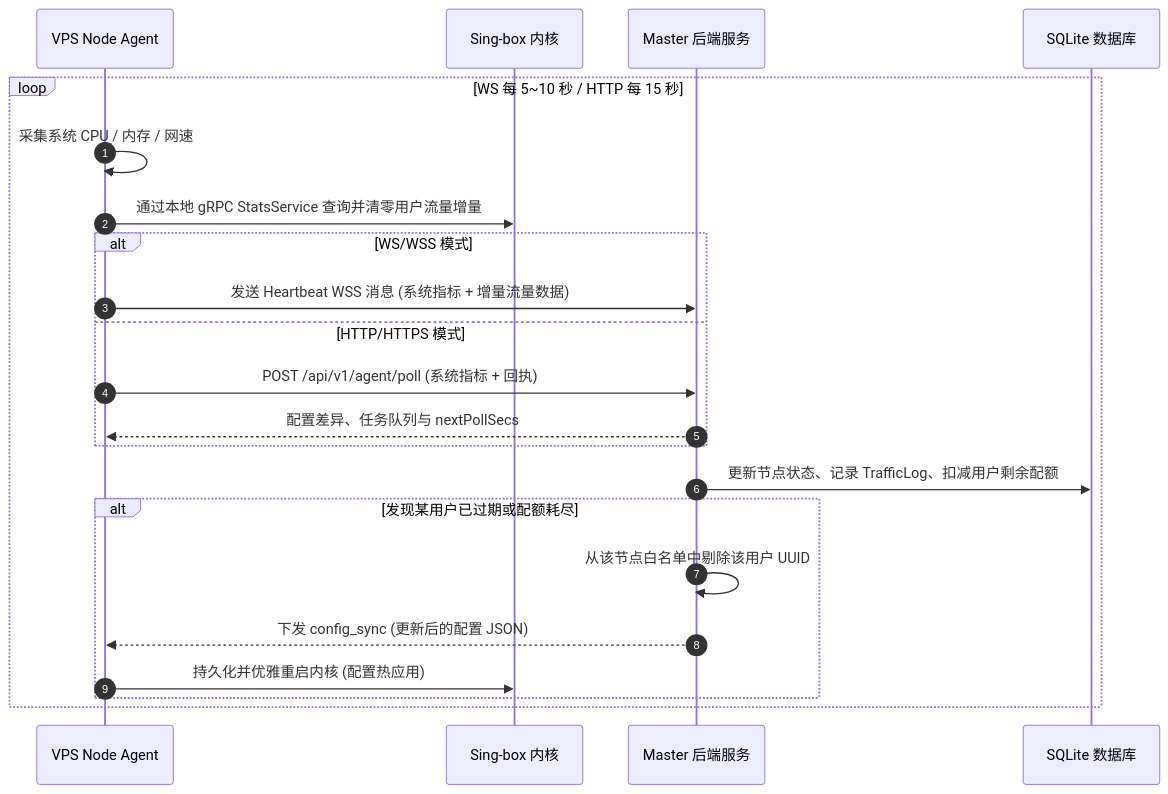
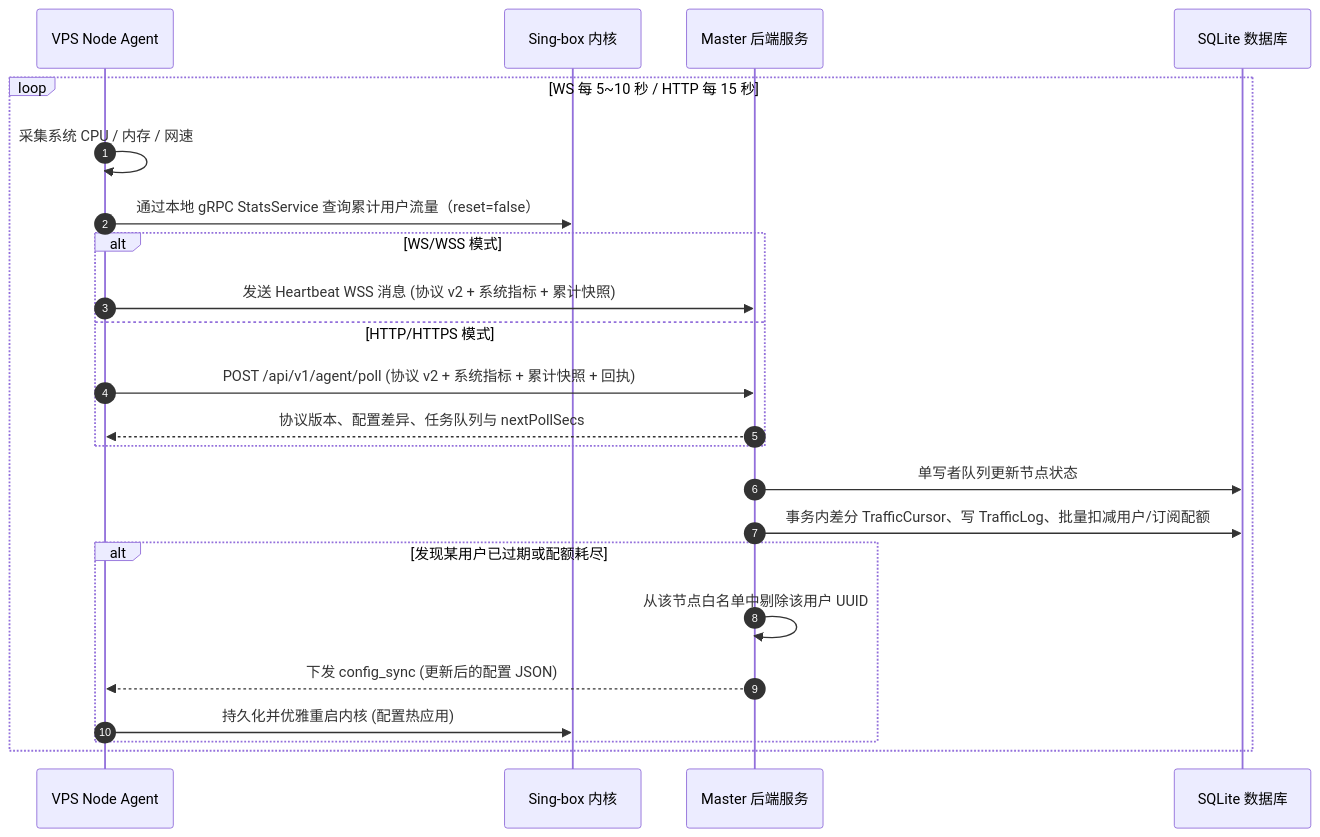
Before and after one commit to Nanako660/riricloud: the third of 5 diagrams in docs/ARCHITECTURE.md, drawn with Mermaid. The commit also changed other lines of this file and 25 other files, not shown here.

````diff
--- a/docs/ARCHITECTURE.md
+++ b/docs/ARCHITECTURE.md
@@ -144,26 +145,27 @@
 ```mermaid
 sequenceDiagram
     autonumber
     participant Agent as VPS Node Agent
     participant Singbox as Sing-box 内核
     participant Master as Master 后端服务
     participant DB as SQLite 数据库
 
     loop WS 每 5~10 秒 / HTTP 每 15 秒
         Agent->>Agent: 采集系统 CPU / 内存 / 网速
-        Agent->>Singbox: 通过本地 gRPC StatsService 查询并清零用户流量增量
+        Agent->>Singbox: 通过本地 gRPC StatsService 查询累计用户流量（reset=false）
         alt WS/WSS 模式
-            Agent->>Master: 发送 Heartbeat WSS 消息 (系统指标 + 增量流量数据)
+            Agent->>Master: 发送 Heartbeat WSS 消息 (协议 v2 + 系统指标 + 累计快照)
         else HTTP/HTTPS 模式
-            Agent->>Master: POST /api/v1/agent/poll (系统指标 + 回执)
-            Master-->>Agent: 配置差异、任务队列与 nextPollSecs
+            Agent->>Master: POST /api/v1/agent/poll (协议 v2 + 系统指标 + 累计快照 + 回执)
+            Master-->>Agent: 协议版本、配置差异、任务队列与 nextPollSecs
         end
-        Master->>DB: 更新节点状态、记录 TrafficLog、扣减用户剩余配额
+        Master->>DB: 单写者队列更新节点状态
+        Master->>DB: 事务内差分 TrafficCursor、写 TrafficLog、批量扣减用户/订阅配额
         
         alt 发现某用户已过期或配额耗尽
             Master->>Master: 从该节点白名单中剔除该用户 UUID
             Master-->>Agent: 下发 config_sync (更新后的配置 JSON)
             Agent->>Singbox: 持久化并优雅重启内核 (配置热应用)
         end
     end
 ```
````
